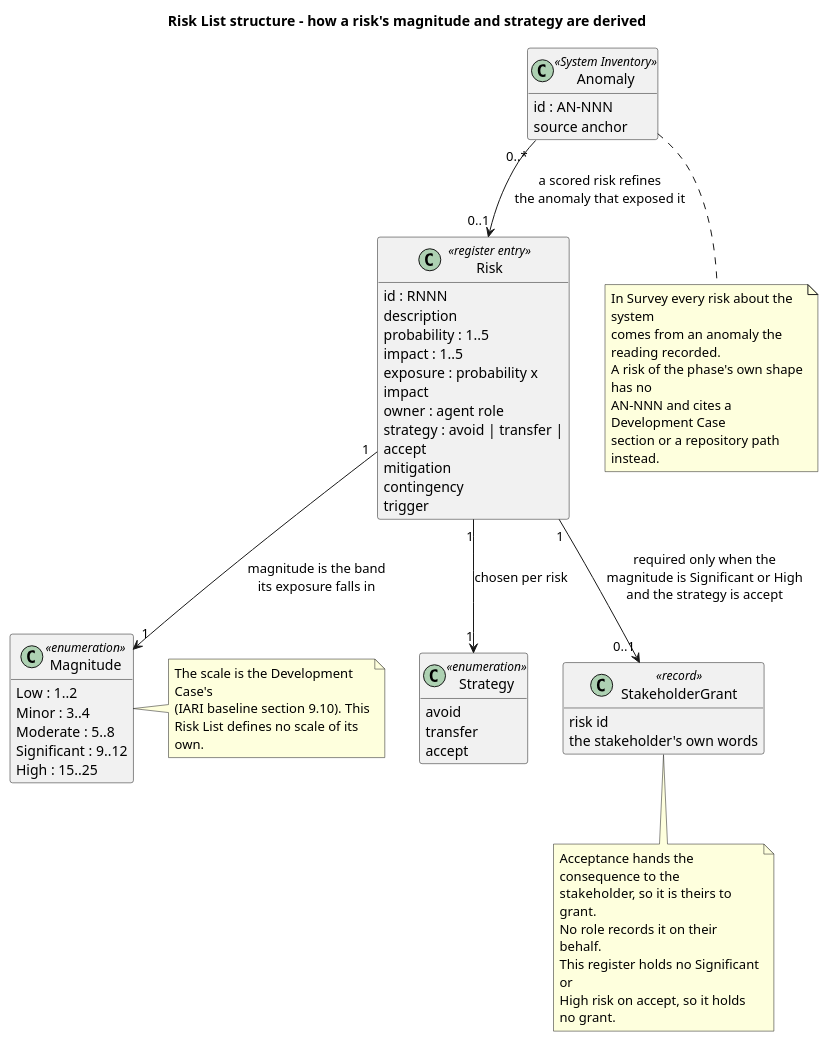
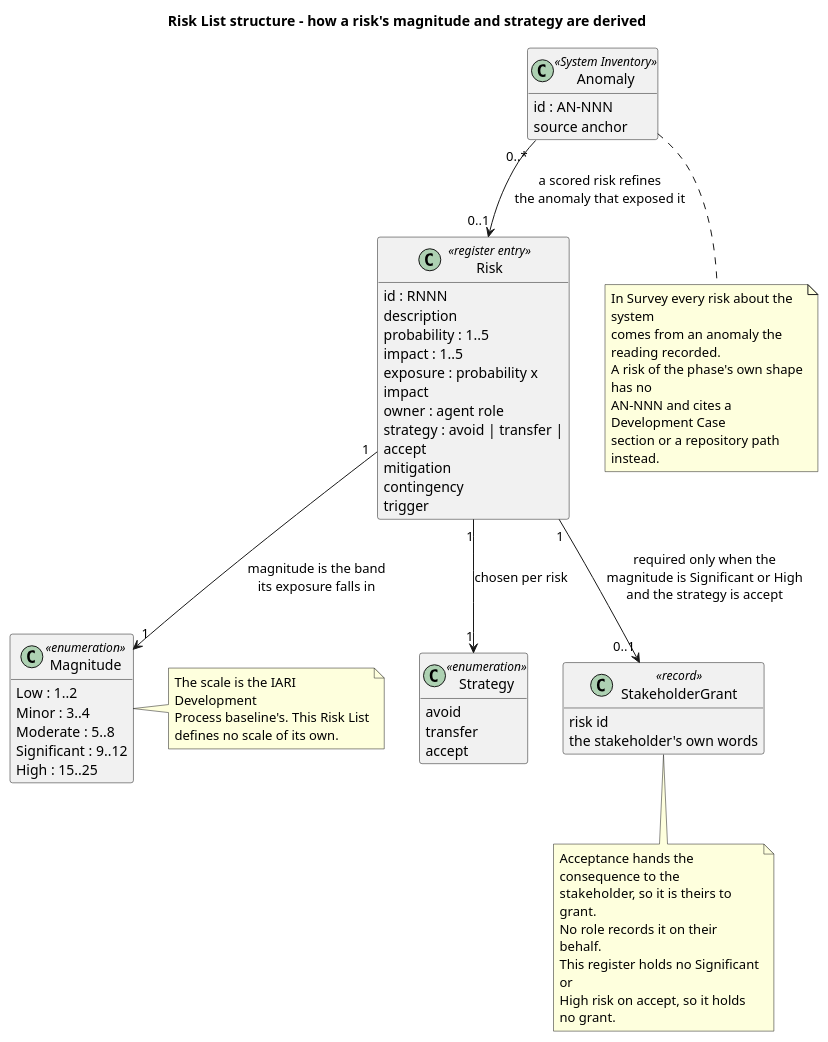
One commit to banense-test/dapr changed the first of 2 diagrams in docs/artifacts/project-management/risk-list.md. Above: the diagram before and after it, drawn with PlantUML. The commit also changed other lines of this file, not shown here.

Commit message:
Project Manager [Survey1]: upsert Risk List
[skip ci]

````diff
--- a/docs/artifacts/project-management/risk-list.md
+++ b/docs/artifacts/project-management/risk-list.md
@@ -33,71 +33,71 @@
 ```plantuml
 @startuml
 title Risk List structure - how a risk's magnitude and strategy are derived
 hide empty members
 skinparam wrapWidth 200
 
 class "Risk" as RISK <<register entry>> {
   id : RNNN
   description
   probability : 1..5
   impact : 1..5
   exposure : probability x impact
   owner : agent role
   strategy : avoid | transfer | accept
   mitigation
   contingency
   trigger
 }
 
 class "Magnitude" as MAG <<enumeration>> {
   Low : 1..2
   Minor : 3..4
   Moderate : 5..8
   Significant : 9..12
   High : 15..25
 }
 
 class "Strategy" as STRAT <<enumeration>> {
   avoid
   transfer
   accept
 }
 
 class "StakeholderGrant" as GRANT <<record>> {
   risk id
   the stakeholder's own words
 }
 
 class "Anomaly" as ANOM <<System Inventory>> {
   id : AN-NNN
   source anchor
 }
 
 RISK "1" --> "1" MAG : magnitude is the band\nits exposure falls in
 RISK "1" --> "1" STRAT : chosen per risk
 RISK "1" --> "0..1" GRANT : required only when the\nmagnitude is Significant or High\nand the strategy is accept
 ANOM "0..*" --> "0..1" RISK : a scored risk refines\nthe anomaly that exposed it
 
 note right of MAG
-  The scale is the Development Case's
-  (IARI baseline section 9.10). This
-  Risk List defines no scale of its own.
+  The scale is the IARI Development
+  Process baseline's. This Risk List
+  defines no scale of its own.
 end note
 
 note bottom of GRANT
   Acceptance hands the consequence to the
   stakeholder, so it is theirs to grant.
   No role records it on their behalf.
   This register holds no Significant or
   High risk on accept, so it holds no grant.
 end note
 
 note bottom of ANOM
   In Survey every risk about the system
   comes from an anomaly the reading recorded.
   A risk of the phase's own shape has no
   AN-NNN and cites a Development Case
   section or a repository path instead.
 end note
 @enduml
 ```
````
